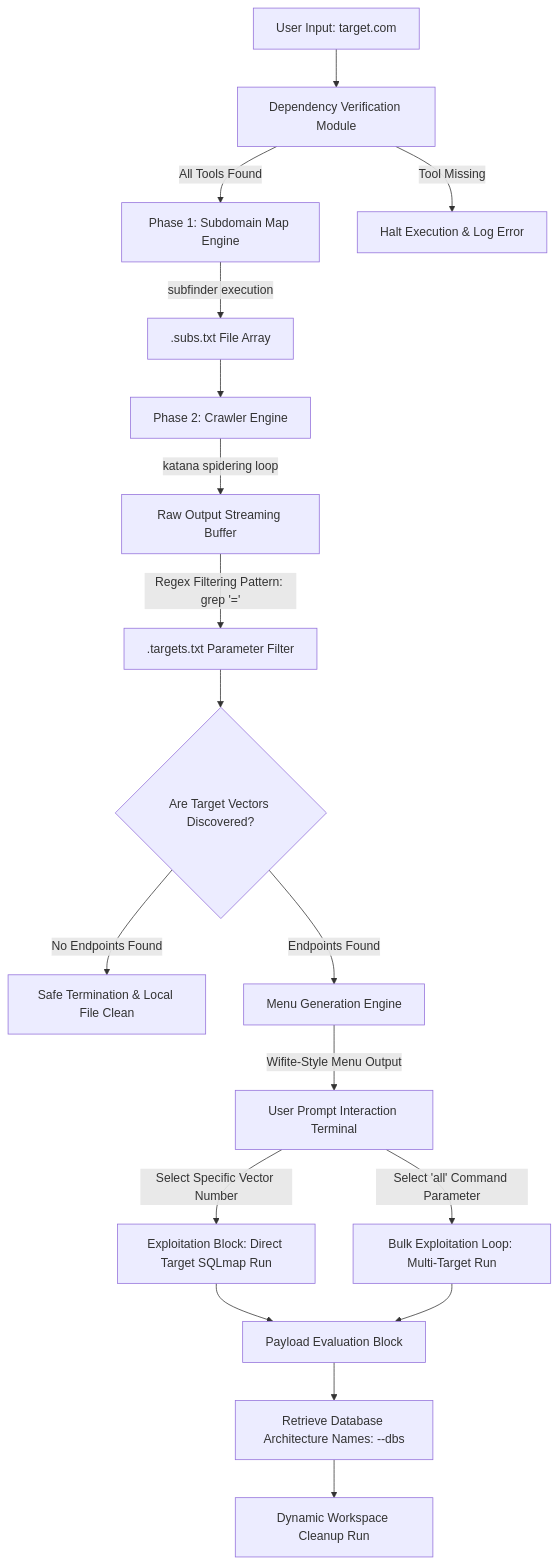
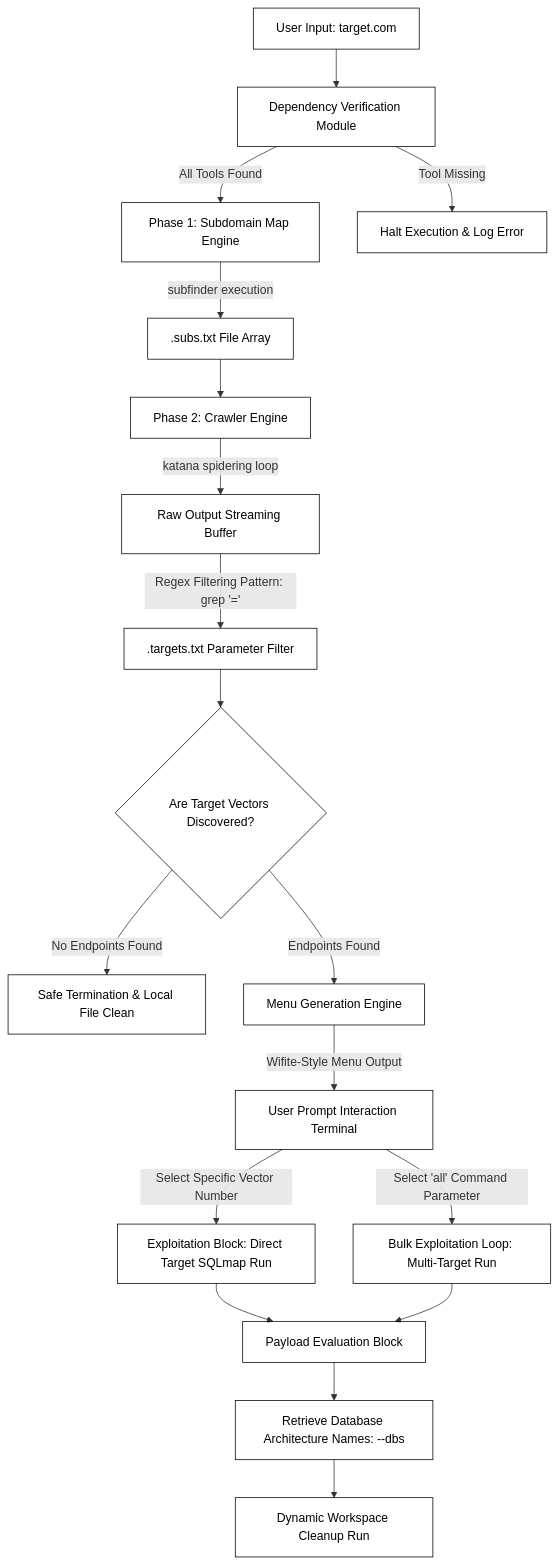
The diagram in README.md (syed-sameer-ul-hassan/SQL-Easy), drawn with Mermaid before and after one commit. The commit also changed other lines of this file, not shown here.

````diff
--- a/README.md
+++ b/README.md
@@ -25,28 +26,32 @@
 ```mermaid
 graph TD
+    classDef default fill:transparent,stroke:currentColor,color:currentColor;
+
     A[User Input: target.com] --> B[Dependency Verification Module]
     B -->|All Tools Found| C[Phase 1: Subdomain Map Engine]
     B -->|Tool Missing| X[Halt Execution & Log Error]
 
     C -->|subfinder execution| D[.subs.txt File Array]
     D --> E[Phase 2: Crawler Engine]
 
     E -->|katana spidering loop| F[Raw Output Streaming Buffer]
     F -->|Regex Filtering Pattern: grep '='| G[.targets.txt Parameter Filter]
 
     G --> H{Are Target Vectors Discovered?}
 
     H -->|No Endpoints Found| Y[Safe Termination & Local File Clean]
     H -->|Endpoints Found| I[Menu Generation Engine]
 
     I -->|Wifite-Style Menu Output| J[User Prompt Interaction Terminal]
 
     J -->|Select Specific Vector Number| K[Exploitation Block: Direct Target SQLmap Run]
     J -->|Select 'all' Command Parameter| L[Bulk Exploitation Loop: Multi-Target Run]
 
     K --> M[Payload Evaluation Block]
     L --> M[Payload Evaluation Block]
 
     M --> N[Retrieve Database Architecture Names: --dbs]
     N --> O[Dynamic Workspace Cleanup Run]
+
+
 ```
````
